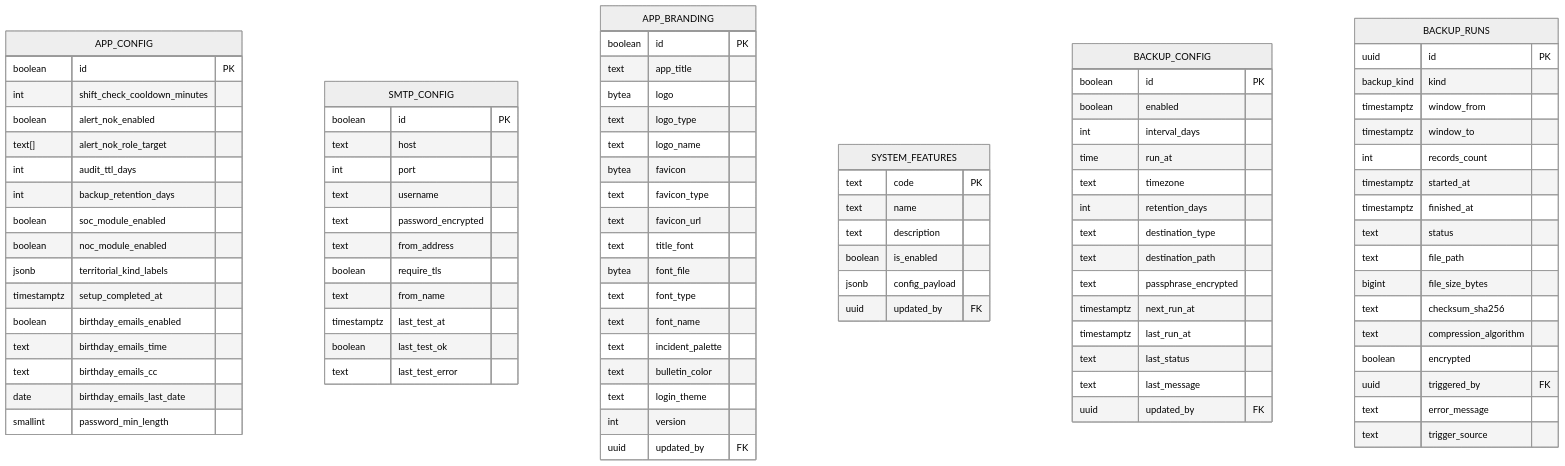
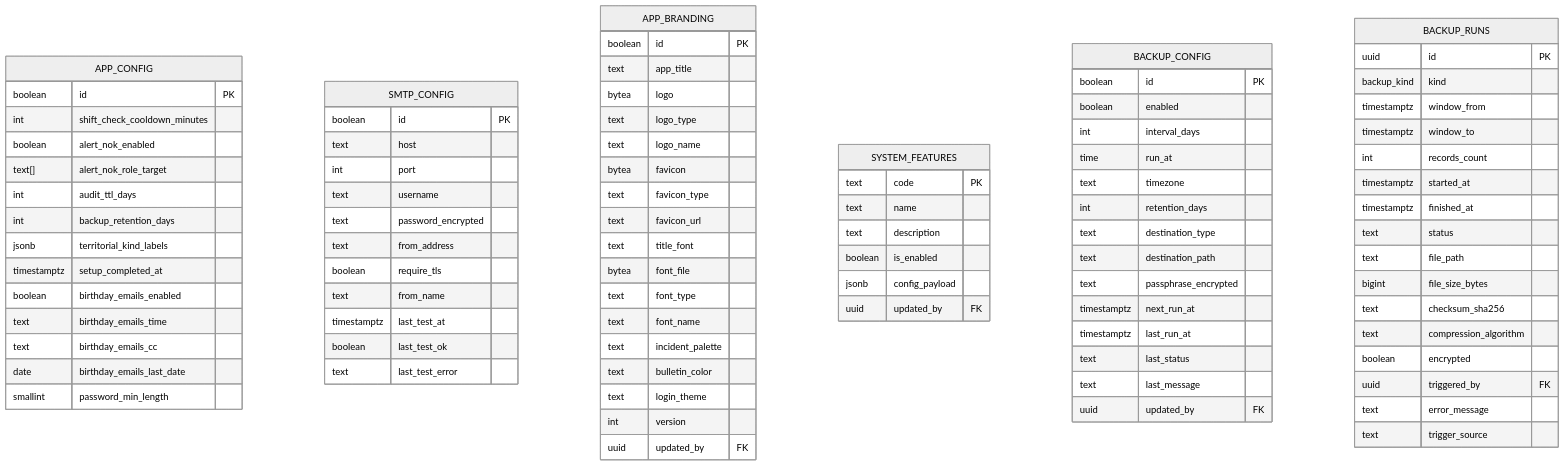
Diagram 11 of 13 in docs/modelo-de-datos.md (athomo001/BitacoraSOC), drawn with Mermaid (neutral theme) before and after one commit. The commit also changed other lines of this file and 116 other files, not shown here.

```diff
--- a/docs/modelo-de-datos.md
+++ b/docs/modelo-de-datos.md
@@ -910,8 +995,6 @@
         text[] alert_nok_role_target
         int audit_ttl_days
         int backup_retention_days
-        boolean soc_module_enabled
-        boolean noc_module_enabled
         jsonb territorial_kind_labels
         timestamptz setup_completed_at
         boolean birthday_emails_enabled
```
